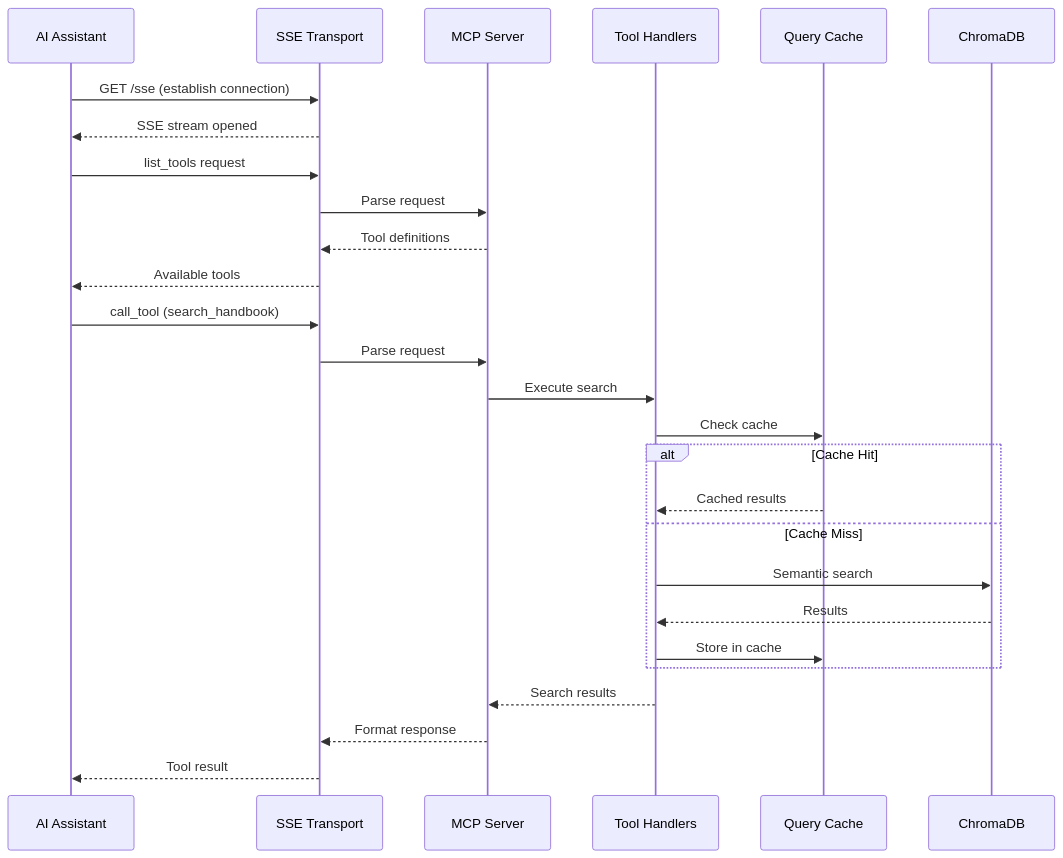
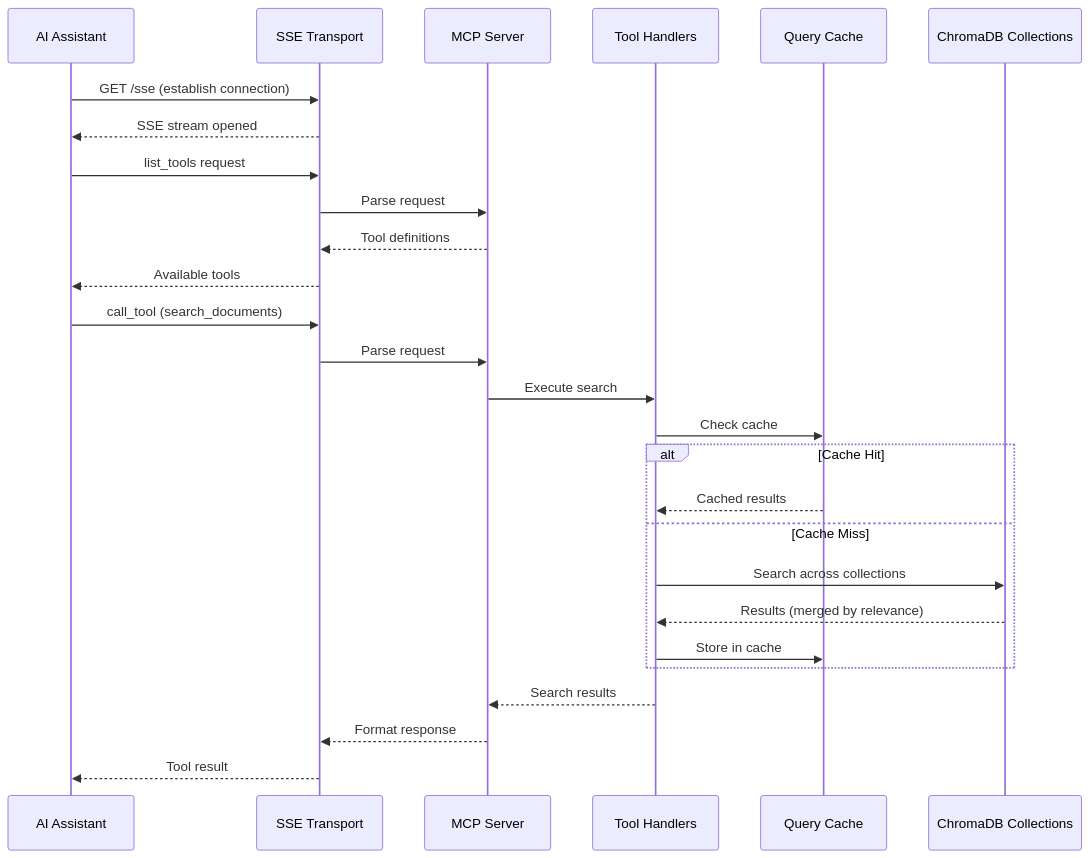
Before and after one commit to TheWinterShadow/Thoth: the second of 7 diagrams in docs/source/architecture/mcp-server.md, drawn with Mermaid. The commit also changed other lines of this file and 27 other files, not shown here.

First line of the commit message:
Adds multi-collection ingestion and semantic search support

````diff
--- a/docs/source/architecture/mcp-server.md
+++ b/docs/source/architecture/mcp-server.md
@@ -47,32 +52,32 @@
 ```mermaid
 sequenceDiagram
     participant Client as AI Assistant
     participant SSE as SSE Transport
     participant MCP as MCP Server
     participant Tools as Tool Handlers
     participant Cache as Query Cache
-    participant DB as ChromaDB
+    participant DB as ChromaDB Collections
 
     Client->>SSE: GET /sse (establish connection)
     SSE-->>Client: SSE stream opened
 
     Client->>SSE: list_tools request
     SSE->>MCP: Parse request
     MCP-->>SSE: Tool definitions
     SSE-->>Client: Available tools
 
-    Client->>SSE: call_tool (search_handbook)
+    Client->>SSE: call_tool (search_documents)
     SSE->>MCP: Parse request
     MCP->>Tools: Execute search
     Tools->>Cache: Check cache
     alt Cache Hit
         Cache-->>Tools: Cached results
     else Cache Miss
-        Tools->>DB: Semantic search
-        DB-->>Tools: Results
+        Tools->>DB: Search across collections
+        DB-->>Tools: Results (merged by relevance)
         Tools->>Cache: Store in cache
     end
     Tools-->>MCP: Search results
     MCP-->>SSE: Format response
     SSE-->>Client: Tool result
 ```
````
